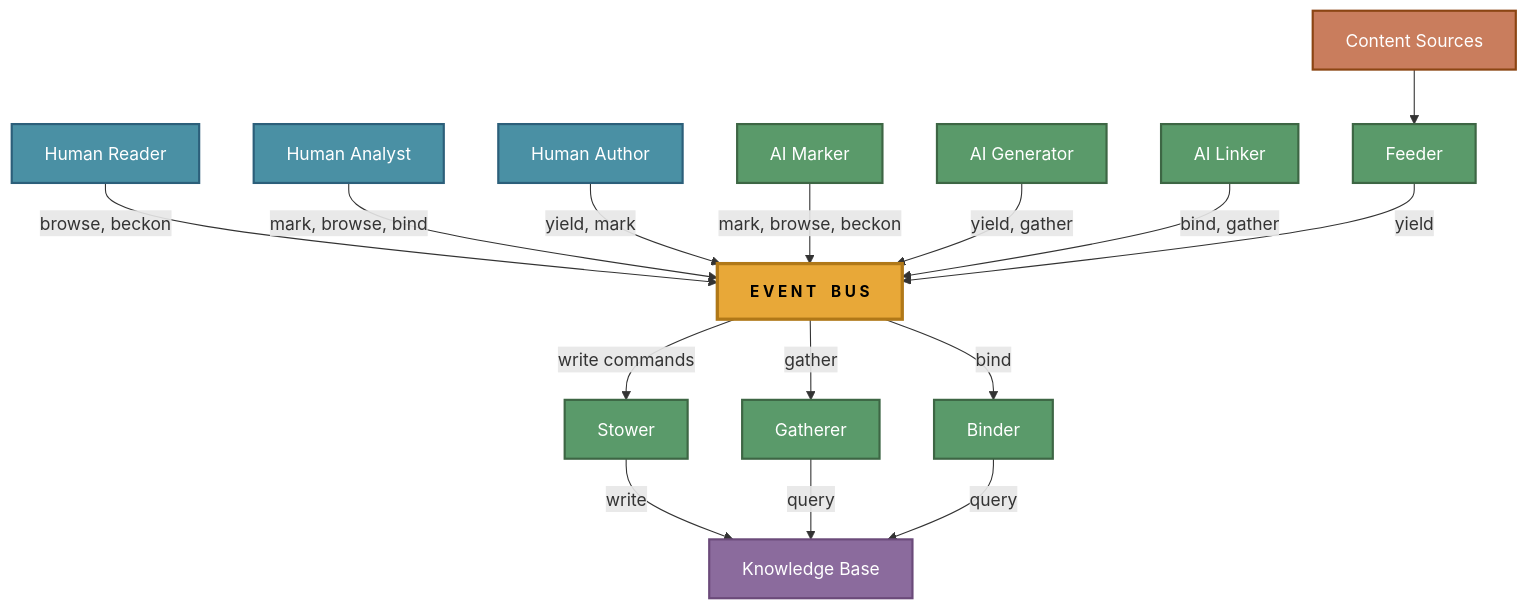
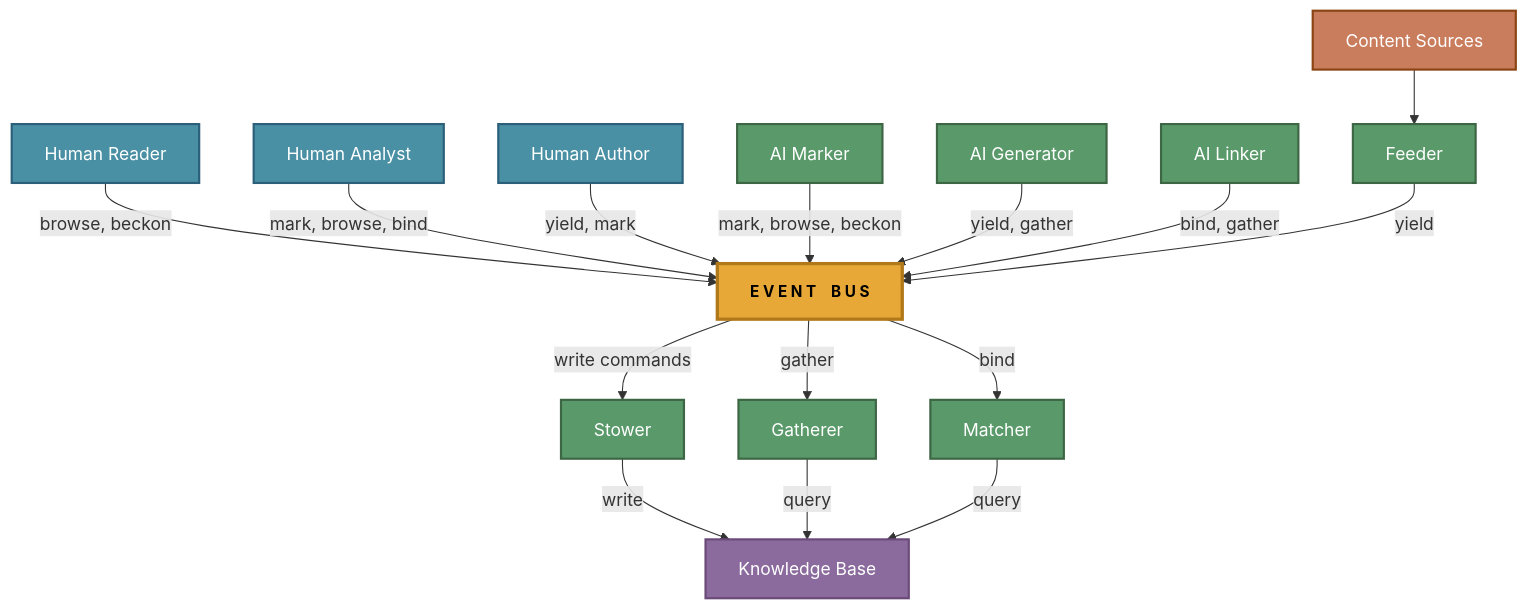
One commit to The-AI-Alliance/semiont changed the first of 3 diagrams in docs/ARCHITECTURE.md. Above: the diagram before and after it, drawn with Mermaid. The commit also changed other lines of this file and 21 other files, not shown here.

Commit message:
rename Binder to Matcher

````diff
--- a/docs/ARCHITECTURE.md
+++ b/docs/ARCHITECTURE.md
@@ -17,35 +17,35 @@
 ```mermaid
 graph TD
     READER["Human Reader"] -->|"browse, beckon"| BUS
     ANALYST["Human Analyst"] -->|"mark, browse, bind"| BUS
     AUTHOR["Human Author"] -->|"yield, mark"| BUS
     MARKER["AI Marker"] -->|"mark, browse, beckon"| BUS
     GENERATOR["AI Generator"] -->|"yield, gather"| BUS
     LINKER["AI Linker"] -->|"bind, gather"| BUS
 
     BUS["E V E N T &ensp; B U S"]
 
     BUS -->|"write commands"| STOWER["Stower"]
     BUS -->|"gather"| GATHERER["Gatherer"]
-    BUS -->|"bind"| BINDER["Binder"]
+    BUS -->|"bind"| MATCHER["Matcher"]
     STOWER -->|"write"| KB["Knowledge Base"]
     GATHERER -->|"query"| KB
-    BINDER -->|"query"| KB
+    MATCHER -->|"query"| KB
 
     SOURCES["Content Sources"] --> FEEDER["Feeder"]
     FEEDER -->|"yield"| BUS
 
     classDef bus fill:#e8a838,stroke:#b07818,stroke-width:3px,color:#000,font-weight:bold,font-size:14px
     classDef human fill:#4a90a4,stroke:#2c5f7a,stroke-width:2px,color:#fff
     classDef ai fill:#5a9a6a,stroke:#3d6644,stroke-width:2px,color:#fff
     classDef kb fill:#8b6b9d,stroke:#6b4a7a,stroke-width:2px,color:#fff
     classDef stream fill:#c97d5d,stroke:#8b4513,stroke-width:2px,color:#fff
     classDef worker fill:#5a9a6a,stroke:#3d6644,stroke-width:2px,color:#fff
 
     class READER,ANALYST,AUTHOR human
     class MARKER,GENERATOR,LINKER ai
     class BUS bus
     class KB kb
     class SOURCES stream
-    class FEEDER,STOWER,GATHERER,BINDER worker
+    class FEEDER,STOWER,GATHERER,MATCHER worker
 ```
````
